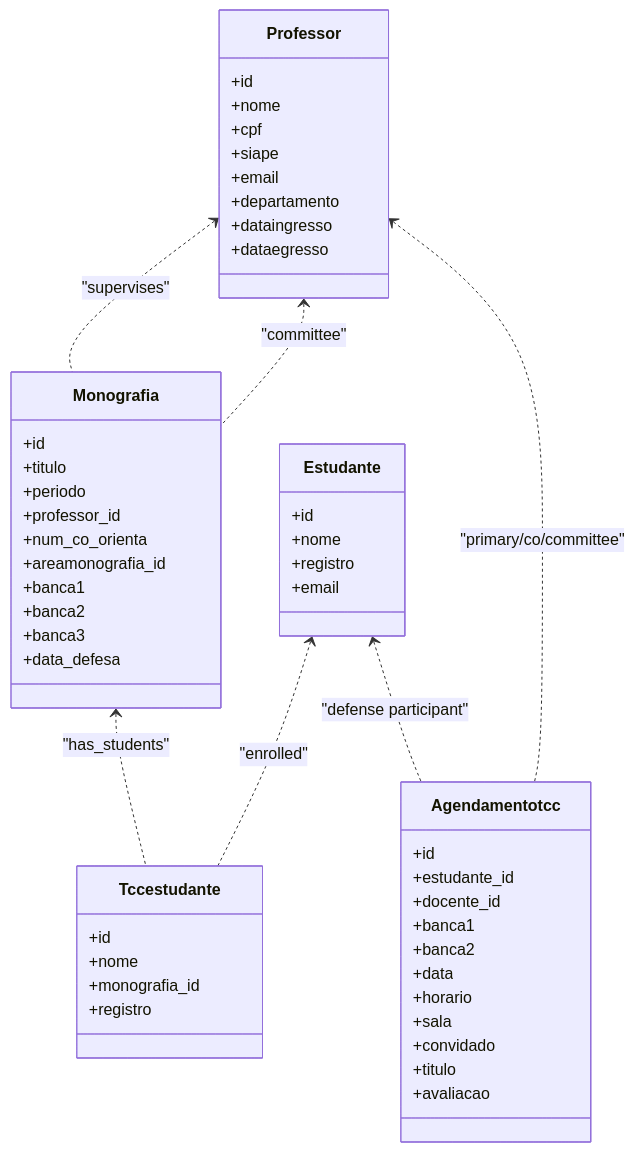
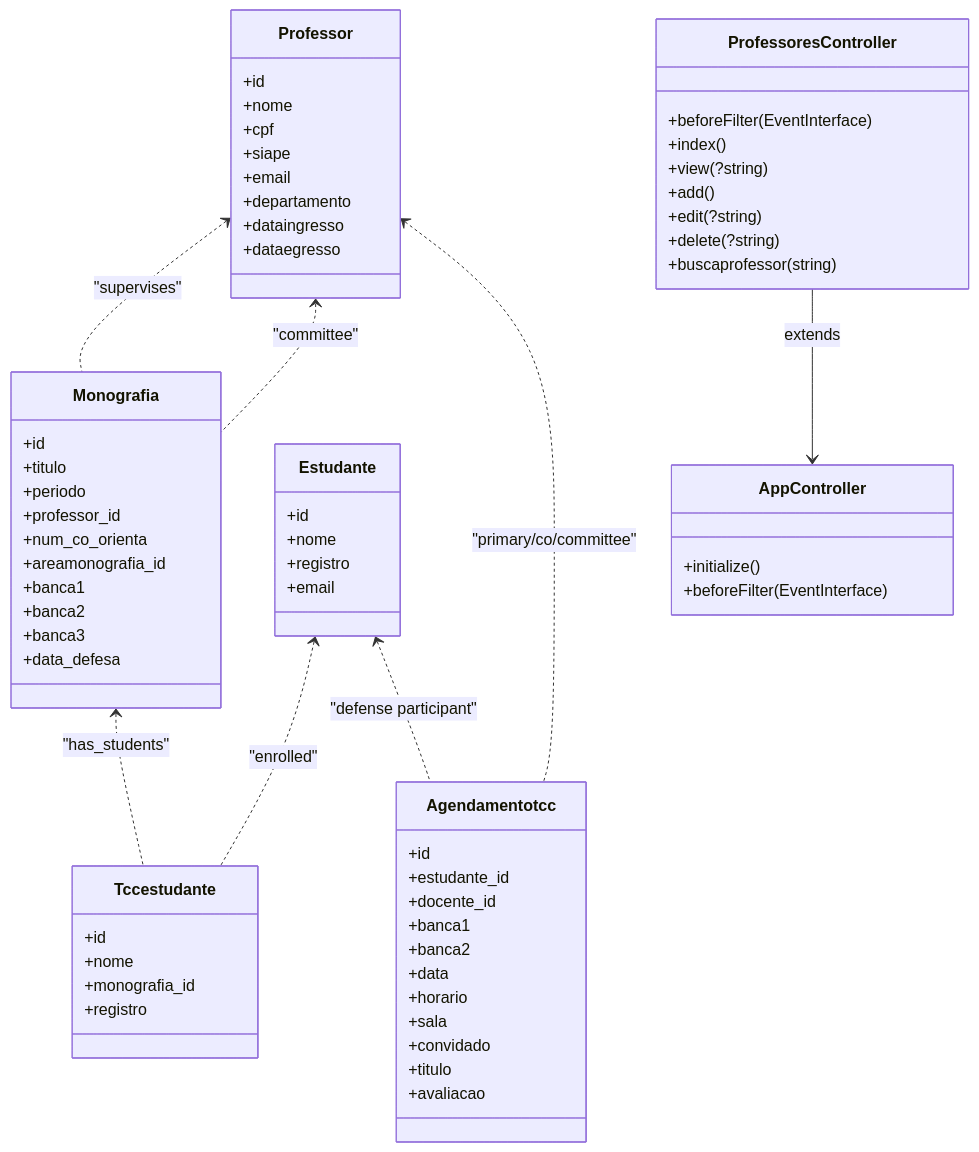
The second of 7 diagrams in .qoder/repowiki/en/content/Professor and Supervisor Management.md (luiseduacosta/tcc4), drawn with Mermaid before and after one commit. The commit also changed other lines of this file and 5 other files, not shown here.

````diff
--- a/.qoder/repowiki/en/content/Professor and Supervisor Management.md
+++ b/.qoder/repowiki/en/content/Professor and Supervisor Management.md
@@ -130,56 +140,70 @@
 ```mermaid
 classDiagram
 class Professor {
 +id
 +nome
 +cpf
 +siape
 +email
 +departamento
 +dataingresso
 +dataegresso
 }
 class Monografia {
 +id
 +titulo
 +periodo
 +professor_id
 +num_co_orienta
 +areamonografia_id
 +banca1
 +banca2
 +banca3
 +data_defesa
 }
 class Estudante {
 +id
 +nome
 +registro
 +email
 }
 class Tccestudante {
 +id
 +nome
 +monografia_id
 +registro
 }
 class Agendamentotcc {
 +id
 +estudante_id
 +docente_id
 +banca1
 +banca2
 +data
 +horario
 +sala
 +convidado
 +titulo
 +avaliacao
 }
+class ProfessoresController {
++beforeFilter(EventInterface)
++index()
++view(?string)
++add()
++edit(?string)
++delete(?string)
++buscaprofessor(string)
+}
+class AppController {
++initialize()
++beforeFilter(EventInterface)
+}
 Professor <.. Monografia : "supervises"
 Professor <.. Monografia : "committee"
 Professor <.. Agendamentotcc : "primary/co/committee"
 Estudante <.. Tccestudante : "enrolled"
 Monografia <.. Tccestudante : "has_students"
 Estudante <.. Agendamentotcc : "defense participant"
+ProfessoresController --> AppController : extends
 ```
````
